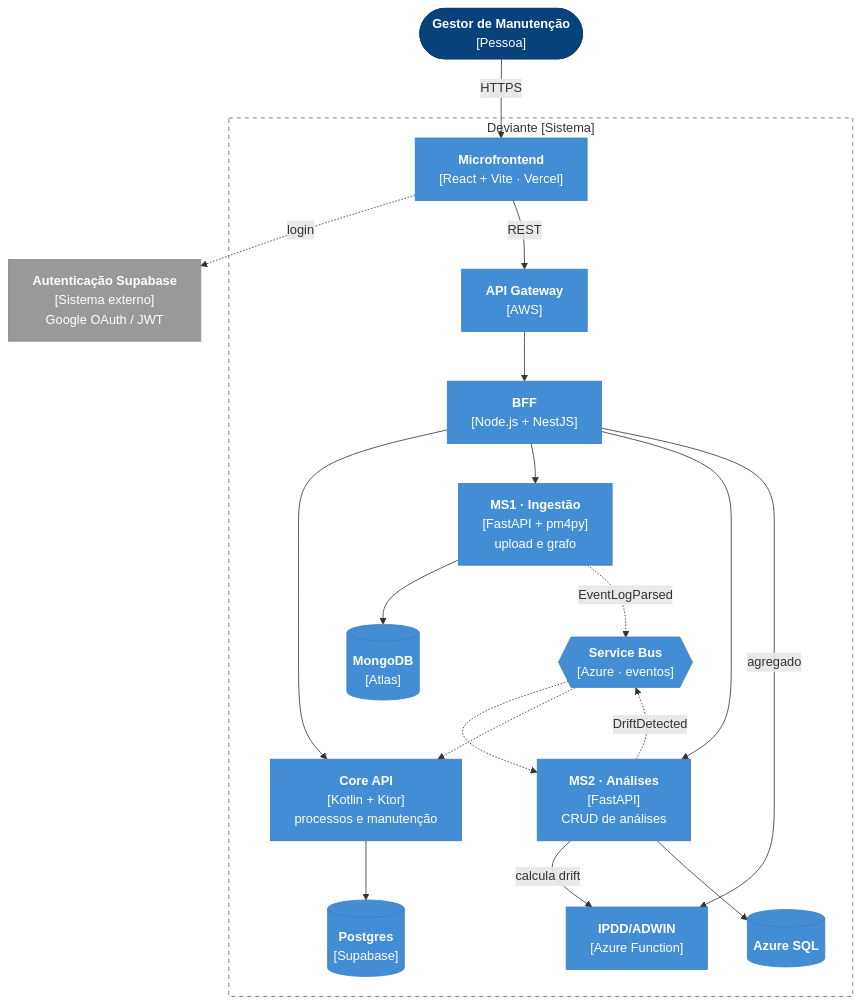
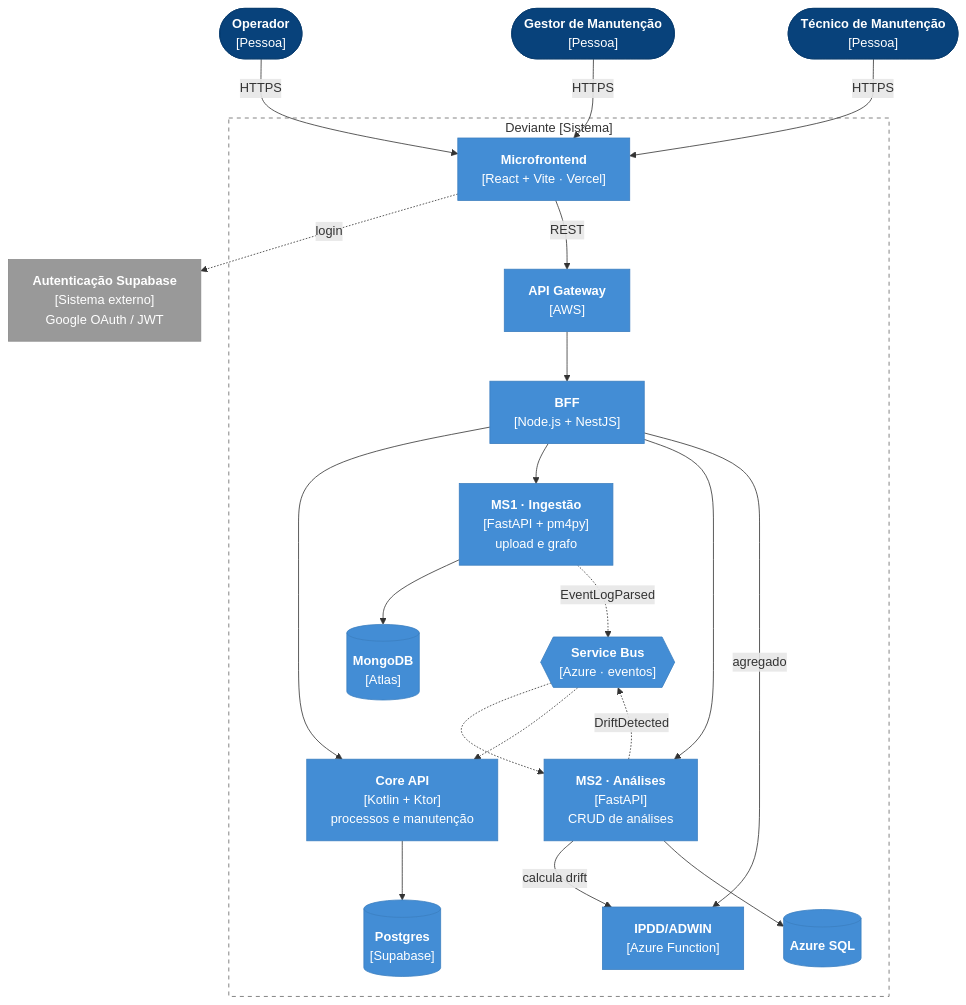
One commit to aland3r/deviante-docs changed the diagram in architecture/c4/level 2.mmd. Above: the diagram before and after it, drawn with Mermaid. The commit also changed 2 other files, not shown here.

Commit message:
Atores: Operador, Gestor e Técnico de manutenção no C4 (níveis 1 e 2), contexto e stakeholders
Claude-Session: https://claude.ai/code/session_01AmE5KfE7b9iNvkkPZemtYe

```diff
--- a/architecture/c4/level 2.mmd
+++ b/architecture/c4/level 2.mmd
@@ -1,39 +1,41 @@
 flowchart TB
+    operador(["<b>Operador</b><br/>[Pessoa]"])
     gestor(["<b>Gestor de Manutenção</b><br/>[Pessoa]"])
+    tecnico(["<b>Técnico de Manutenção</b><br/>[Pessoa]"])
     auth["<b>Autenticação Supabase</b><br/>[Sistema externo]<br/>Google OAuth / JWT"]
 
     subgraph dv["Deviante [Sistema]"]
         web["<b>Microfrontend</b><br/>[React + Vite · Vercel]"]
         gw["<b>API Gateway</b><br/>[AWS]"]
         bff["<b>BFF</b><br/>[Node.js + NestJS]"]
         core["<b>Core API</b><br/>[Kotlin + Ktor]<br/>processos e manutenção"]
         ms1["<b>MS1 · Ingestão</b><br/>[FastAPI + pm4py]<br/>upload e grafo"]
         ms2["<b>MS2 · Análises</b><br/>[FastAPI]<br/>CRUD de análises"]
         fn["<b>IPDD/ADWIN</b><br/>[Azure Function]"]
         bus{{"<b>Service Bus</b><br/>[Azure · eventos]"}}
         dbCore[("<b>Postgres</b><br/>[Supabase]")]
         dbMs1[("<b>MongoDB</b><br/>[Atlas]")]
         dbMs2[("<b>Azure SQL</b>")]
     end
 
-    gestor -->|HTTPS| web
+    operador & gestor & tecnico -->|HTTPS| web
     web -.->|login| auth
     web -->|REST| gw --> bff
     bff --> core & ms1 & ms2
     bff -->|agregado| fn
     ms2 -->|calcula drift| fn
     core --> dbCore
     ms1 --> dbMs1
     ms2 --> dbMs2
     ms1 -.->|EventLogParsed| bus
     bus -.-> ms2
     ms2 -.->|DriftDetected| bus
     bus -.-> core
 
     classDef person fill:#08427B,stroke:#073B6F,color:#fff
     classDef container fill:#438DD5,stroke:#3C7FC0,color:#fff
     classDef external fill:#999999,stroke:#8A8A8A,color:#fff
-    class gestor person
+    class operador,gestor,tecnico person
     class web,gw,bff,core,ms1,ms2,fn,bus,dbCore,dbMs1,dbMs2 container
     class auth external
     style dv fill:none,stroke:#666,stroke-dasharray:5 5
```
